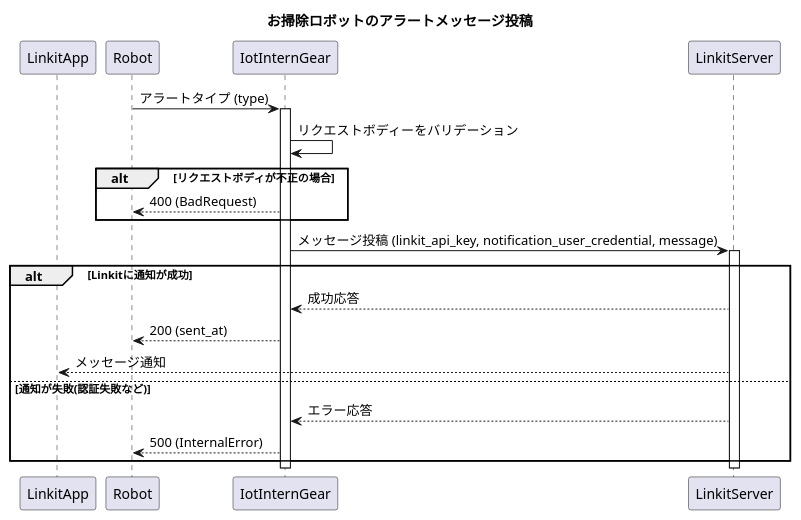
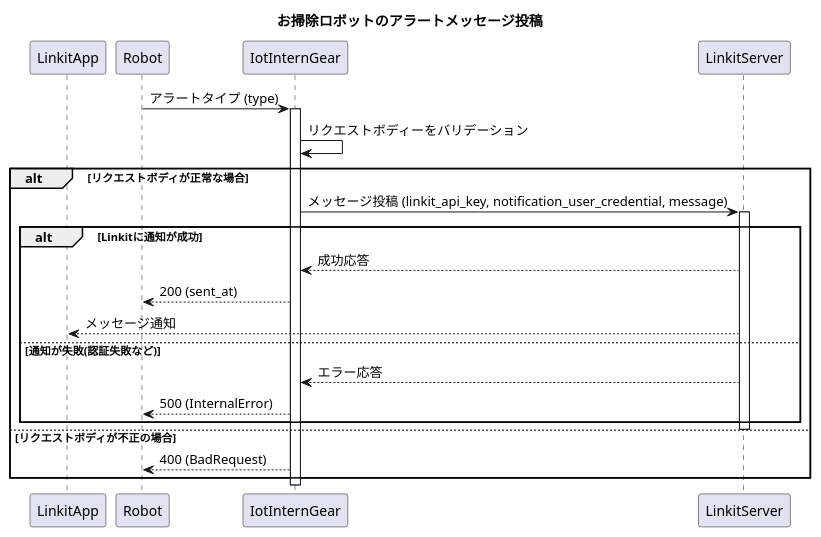
The diagram in doc/sequence.puml (access-company/IoTIntern), drawn with PlantUML before and after one commit. The commit also changed 1 other file, not shown here.

Commit message:
Fix sequence diagram

```diff
--- a/doc/sequence.puml
+++ b/doc/sequence.puml
@@ -1,29 +1,30 @@
 @startuml SequenceDiagram
 title: お掃除ロボットのアラートメッセージ投稿
 
 participant LinkitApp
 participant Robot
 participant IotInternGear
 participant LinkitServer
 
 Robot -> IotInternGear: アラートタイプ (type)
 activate IotInternGear
 
 IotInternGear -> IotInternGear: リクエストボディーをバリデーション
-alt リクエストボディが不正の場合
+alt リクエストボディが正常な場合
+  IotInternGear -> LinkitServer: メッセージ投稿 (linkit_api_key, notification_user_credential, message)
+  activate LinkitServer
+  alt Linkitに通知が成功
+    IotInternGear <-- LinkitServer: 成功応答
+    Robot <-- IotInternGear: 200 (sent_at)
+    LinkitApp <-- LinkitServer: メッセージ通知
+  else 通知が失敗(認証失敗など)
+    IotInternGear <-- LinkitServer: エラー応答
+    Robot <-- IotInternGear: 500 (InternalError)
+  end
+  deactivate LinkitServer
+else リクエストボディが不正の場合
   Robot <-- IotInternGear: 400 (BadRequest)
 end
 
-IotInternGear -> LinkitServer: メッセージ投稿 (linkit_api_key, notification_user_credential, message)
-activate LinkitServer
-alt Linkitに通知が成功
-  IotInternGear <-- LinkitServer: 成功応答
-  Robot <-- IotInternGear: 200 (sent_at)
-  LinkitApp <-- LinkitServer: メッセージ通知
-else 通知が失敗(認証失敗など)
-  IotInternGear <-- LinkitServer: エラー応答
-  Robot <-- IotInternGear: 500 (InternalError)
-end
-deactivate LinkitServer
 deactivate IotInternGear
 @enduml
```
